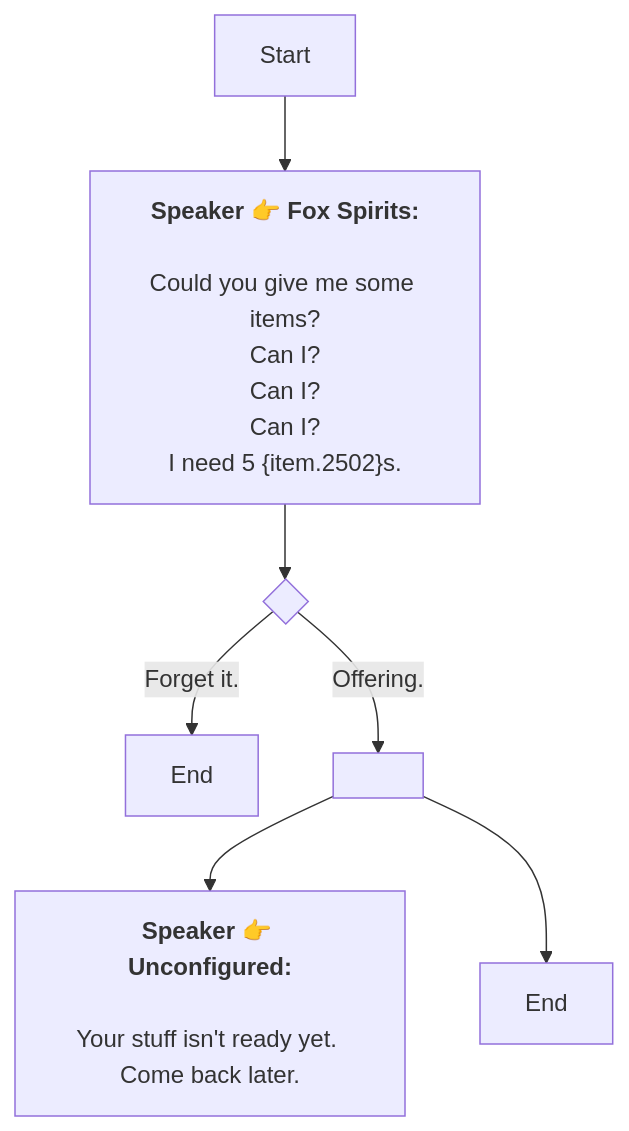
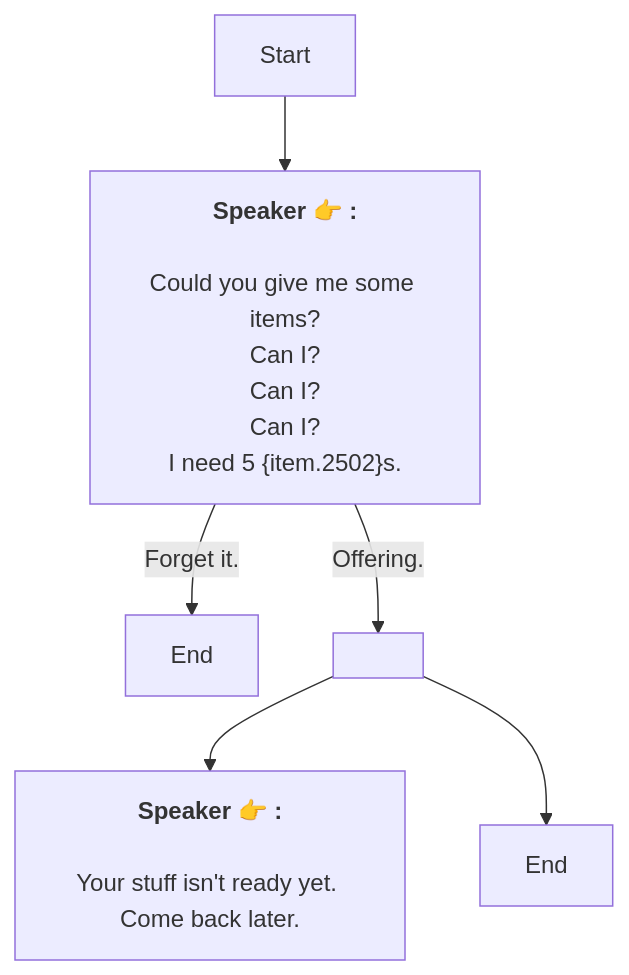
Before and after one commit to SoftHu/tos_avg: the diagram in En/Altar.md, drawn with Mermaid. The commit also changed 737 other files, not shown here.

````diff
--- a/En/Altar.md
+++ b/En/Altar.md
@@ -1,18 +1,11 @@
 ```mermaid
 graph
-Start -->1747217079082489[<b>Speaker 👉 Fox Spirits:</b>
-
-Could you give me some items?
-Can I?
-Can I?
-Can I?
-I need 5 &lbrace;item.2502&rbrace;s.]
-1747217079082489 -->1747217356832250{ }
-1747217356832250 -->|Forget it.|1747217418224127[End]
-1747217356832250 -->|Offering.|1747217426350592[ ]
-1747217426350592 -->1747217442807297[<b>Speaker 👉 Unconfigured:</b>
-
-Your stuff isn't ready yet. Come back later.]
+Start -->1747217079082489[<b>Speaker 👉 :</b>
+\nCould you give me some items?\nCan I?\nCan I?\nCan I?\nI need 5 &lbrace;item.2502&rbrace;s.]
+1747217079082489 -->|Forget it.|1747217418224127[End]
+1747217079082489 -->|Offering.|1747217426350592[ ]
+1747217426350592 -->1747217442807297[<b>Speaker 👉 :</b>
+\nYour stuff isn't ready yet. Come back later.]
 1747217426350592 -->1747217504330242[End]
 
- ```
+```
````
